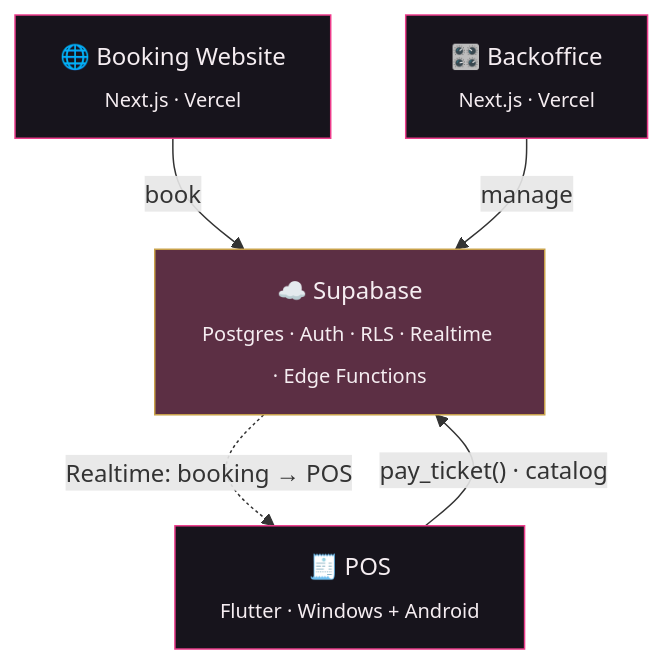
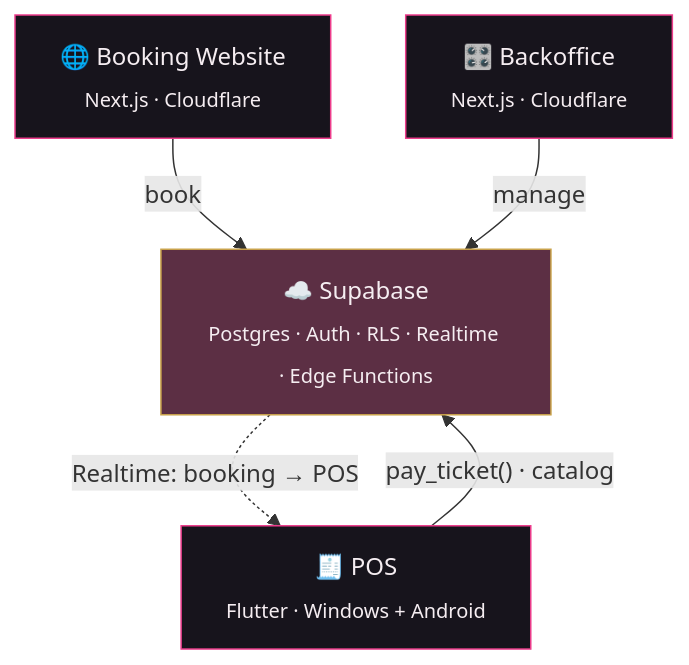
One commit to GaryCharbel/rosea changed the diagram in README.md. Above: the diagram before and after it, drawn with Mermaid. The commit also changed 3 other files, not shown here.

Commit message:
docs: switch FE hosting references from Vercel to Cloudflare Pages

````diff
--- a/README.md
+++ b/README.md
@@ -33,14 +33,14 @@
 ```mermaid
 flowchart TD
-    W["🌐 Booking Website<br/><sub>Next.js · Vercel</sub>"]
-    D["🎛️ Backoffice<br/><sub>Next.js · Vercel</sub>"]
+    W["🌐 Booking Website<br/><sub>Next.js · Cloudflare</sub>"]
+    D["🎛️ Backoffice<br/><sub>Next.js · Cloudflare</sub>"]
     P["🧾 POS<br/><sub>Flutter · Windows + Android</sub>"]
     S["☁️ Supabase<br/><sub>Postgres · Auth · RLS · Realtime · Edge Functions</sub>"]
     W -->|book| S
     D -->|manage| S
     P -->|"pay_ticket() · catalog"| S
     S -. "Realtime: booking → POS" .-> P
     classDef cloud fill:#5c2f44,stroke:#c9a24b,color:#f5edf1;
     classDef app fill:#17141c,stroke:#ED3D8C,color:#f5edf1;
     class S cloud; class W,D,P app;
 ```
````
